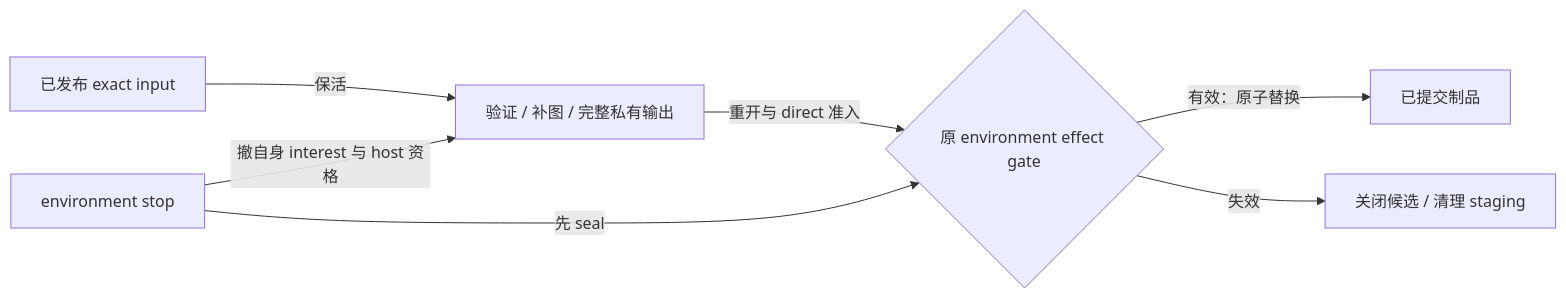
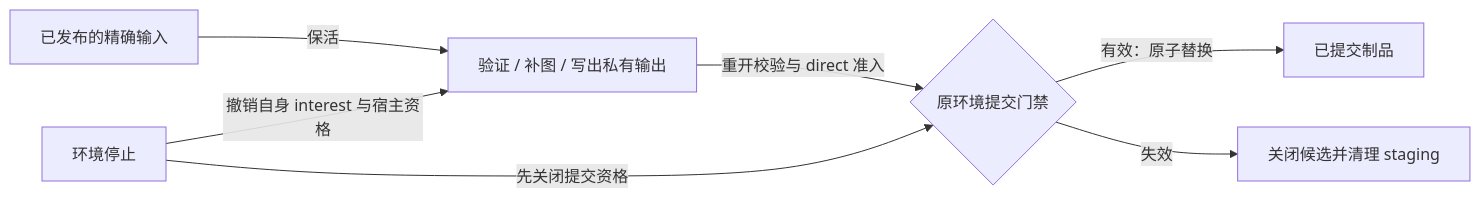
The diagram in docs/architecture/asset-pipeline/implementation/conversion-and-export.md (YesSteveModel/YesSteveModel), drawn with Mermaid before and after one commit. The commit also changed other lines of this file and 1109 other files, not shown here.

````diff
--- a/docs/architecture/asset-pipeline/implementation/conversion-and-export.md
+++ b/docs/architecture/asset-pipeline/implementation/conversion-and-export.md
@@ -59,9 +79,9 @@
 ```mermaid
 flowchart LR
-    Input["已发布 exact input"] -->|保活| Prepare["验证 / 补图 / 完整私有输出"]
-    Prepare -->|重开与 direct 准入| Gate{"原 environment effect gate"}
+    Input["已发布的精确输入"] -->|保活| Prepare["验证 / 补图 / 写出私有输出"]
+    Prepare -->|重开校验与 direct 准入| Gate{"原环境提交门禁"}
     Gate -->|有效：原子替换| Commit["已提交制品"]
-    Gate -->|失效| Cleanup["关闭候选 / 清理 staging"]
-    Stop["environment stop"] -->|先 seal| Gate
-    Stop -->|撤自身 interest 与 host 资格| Prepare
+    Gate -->|失效| Cleanup["关闭候选并清理 staging"]
+    Stop["环境停止"] -->|先关闭提交资格| Gate
+    Stop -->|撤销自身 interest 与宿主资格| Prepare
 ```
````
